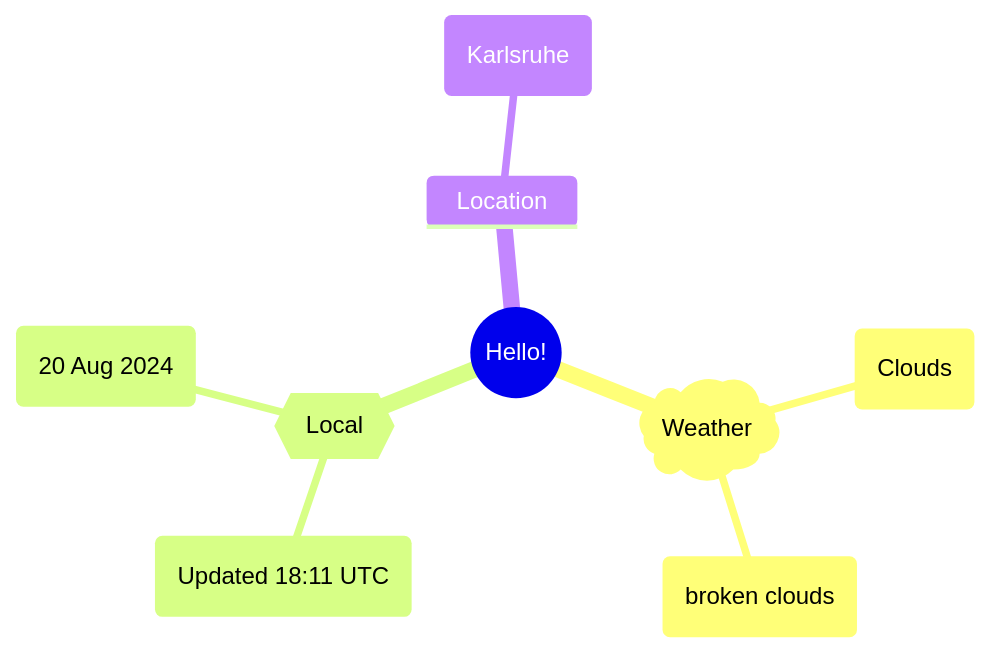
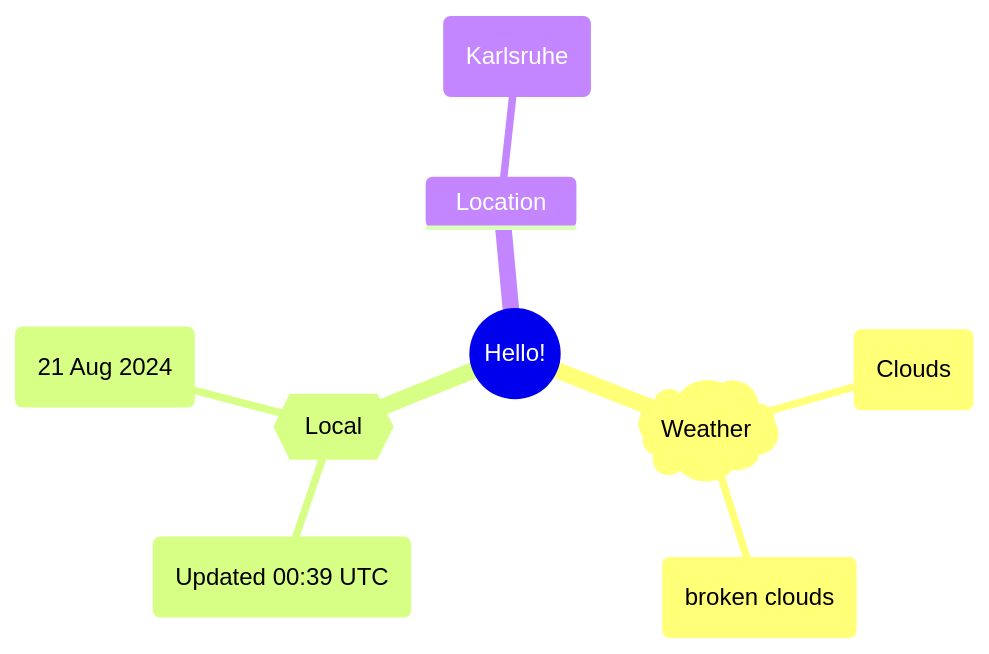
The first of 2 diagrams in README.md (Xosrov/Xosrov), drawn with Mermaid before and after one commit.

Commit message:
[bot] updated images

````diff
--- a/README.md
+++ b/README.md
@@ -3,12 +3,12 @@
 ```mermaid
 mindmap
   root((Hello!))
     )Weather(
         (Clouds)
         (broken clouds)
     {{Local}}
-        (Updated 18:11 UTC)
-        (20 Aug 2024)
+        (Updated 00:39 UTC)
+        (21 Aug 2024)
     Location
         (Karlsruhe)
 ```
````
